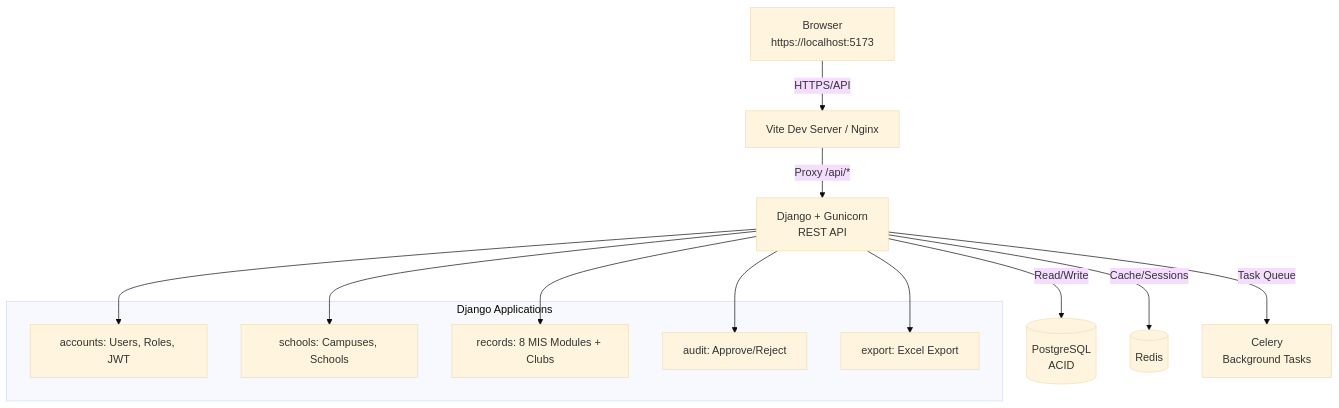
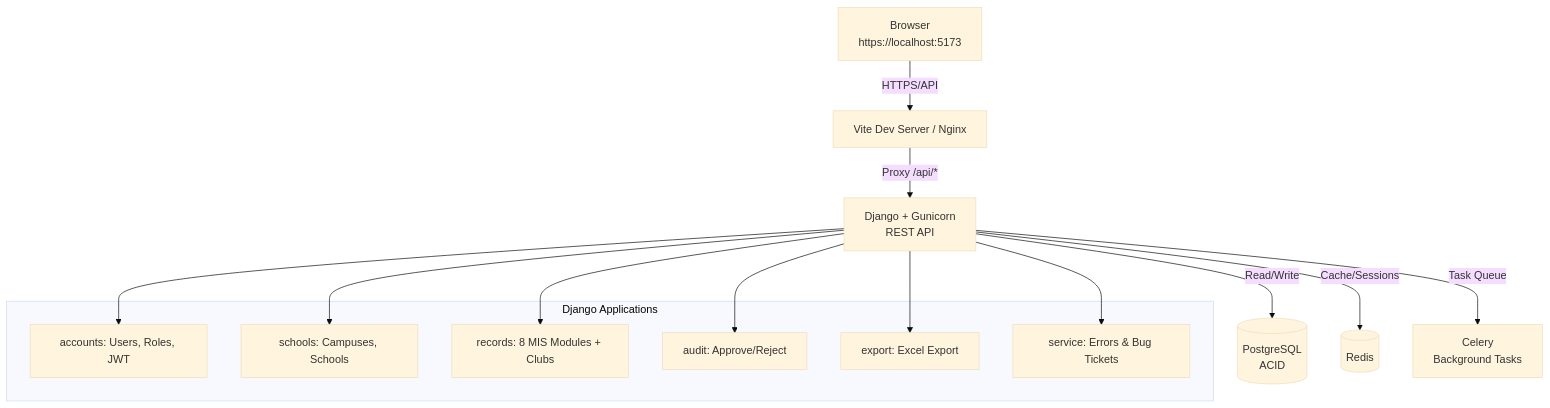
One commit to aarushchaudhary/nmpralekh changed the first of 5 diagrams in README.md. Above: the diagram before and after it, drawn with Mermaid (base theme). The commit also changed other lines of this file, not shown here.

````diff
--- a/README.md
+++ b/README.md
@@ -25,23 +25,25 @@
 ```mermaid
 graph TD
     A[Browser<br>https://localhost:5173] -->|HTTPS/API| B[Vite Dev Server / Nginx]
     B -->|Proxy /api/*| C[Django + Gunicorn<br>REST API]
     
     subgraph Django Applications
         D1[accounts: Users, Roles, JWT]
         D2[schools: Campuses, Schools]
         D3[records: 8 MIS Modules + Clubs]
         D4[audit: Approve/Reject]
         D5[export: Excel Export]
+        D6[service: Errors & Bug Tickets]
     end
     
     C --> D1
     C --> D2
     C --> D3
     C --> D4
     C --> D5
+    C --> D6
     
     C -->|Read/Write| DB[(PostgreSQL<br>ACID)]
     C -->|Cache/Sessions| Cache[(Redis)]
     C -->|Task Queue| Worker[Celery<br>Background Tasks]
 ```
````
